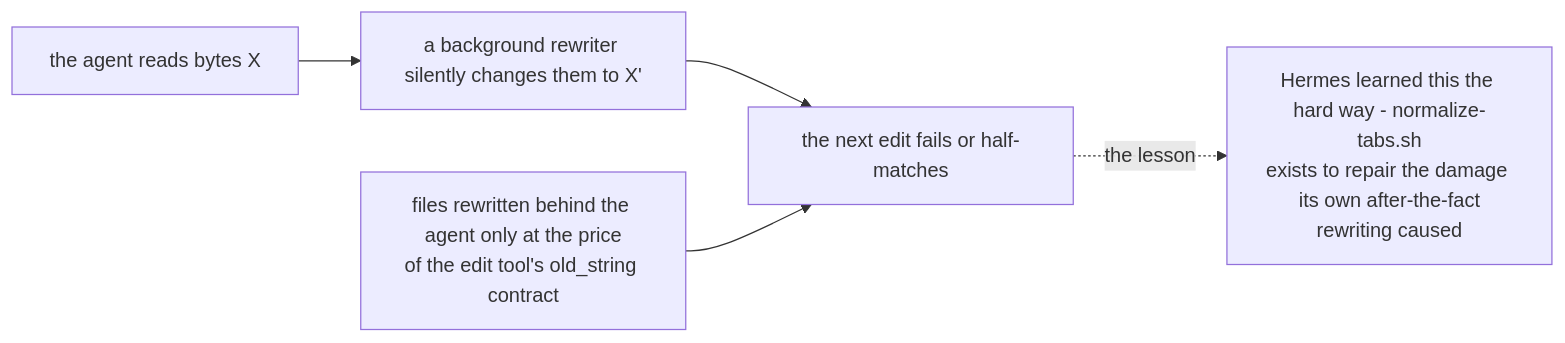
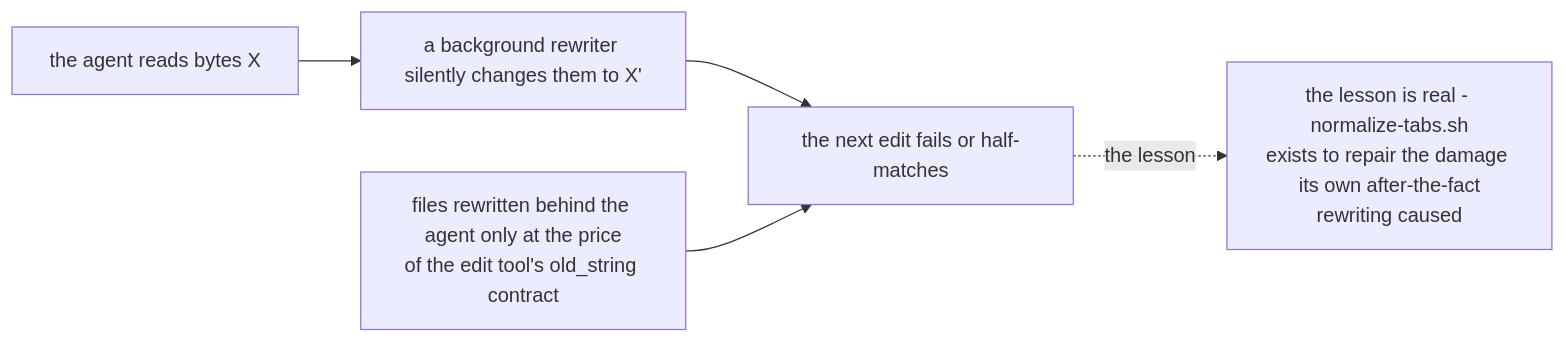
The diagram in Source/Content/Mermaid/file-problem-rewriter.mmd (PlayForm/Site-DeepSeek), drawn with Mermaid before and after one commit. The commit also changed 48 other files, not shown here.

```diff
--- a/Source/Content/Mermaid/file-problem-rewriter.mmd
+++ b/Source/Content/Mermaid/file-problem-rewriter.mmd
@@ -1,9 +1,9 @@
 flowchart LR
 	COST["files rewritten behind the agent only at the price<br/>of the edit tool's old_string contract"]
 	READ["the agent reads bytes X"]
 	CHANGE["a background rewriter silently changes them to X'"]
 	FAIL["the next edit fails or half-matches"]
-	LESSON["Hermes learned this the hard way - normalize-tabs.sh<br/>exists to repair the damage its own after-the-fact<br/>rewriting caused"]
+	LESSON["the lesson is real - normalize-tabs.sh<br/>exists to repair the damage its own after-the-fact<br/>rewriting caused"]
 	READ --> CHANGE --> FAIL
 	COST --> FAIL
 	FAIL -. "the lesson" .-> LESSON
```
